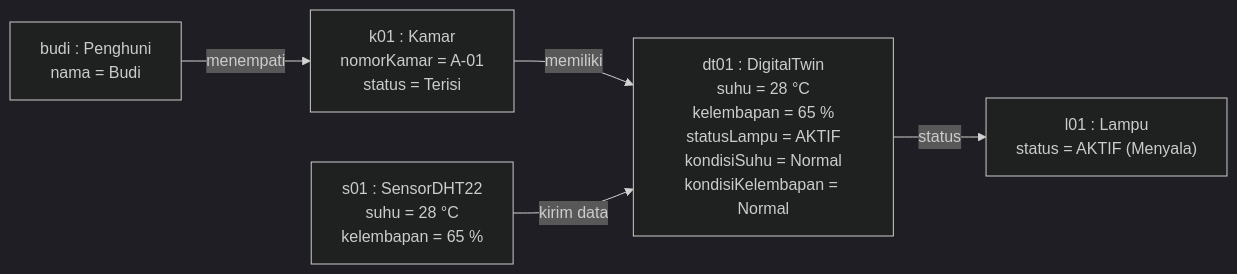
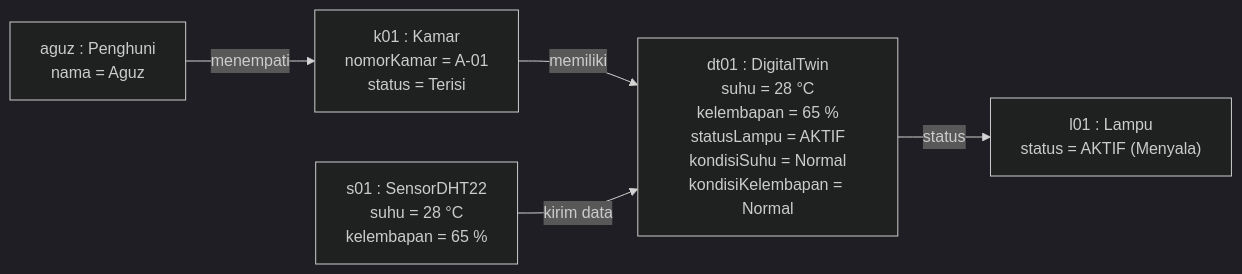
One commit to RPLUNIT032026/rental-room-digitaltwin changed the diagram in diagram_uml.md/object.diagram.md. Above: the diagram before and after it, drawn with Mermaid (dark theme).

Commit message:
Update occupant name in UML diagram

````diff
--- a/diagram_uml.md/object.diagram.md
+++ b/diagram_uml.md/object.diagram.md
@@ -1,13 +1,13 @@
 ```mermaid
 flowchart LR
-    budi["budi : Penghuni<br/>nama = Budi"]
+    budi["aguz : Penghuni<br/>nama = Aguz"]
     k01["k01 : Kamar<br/>nomorKamar = A-01<br/>status = Terisi"]
     dt01["dt01 : DigitalTwin<br/>suhu = 28 °C<br/>kelembapan = 65 %<br/>statusLampu = AKTIF<br/>kondisiSuhu = Normal<br/>kondisiKelembapan = Normal"]
     s01["s01 : SensorDHT22<br/>suhu = 28 °C<br/>kelembapan = 65 %"]
     l01["l01 : Lampu<br/>status = AKTIF (Menyala)"]
 
     budi -- "menempati" --> k01
     k01 -- "memiliki" --> dt01
     s01 -- "kirim data" --> dt01
     dt01 -- "status" --> l01
 ```
````
